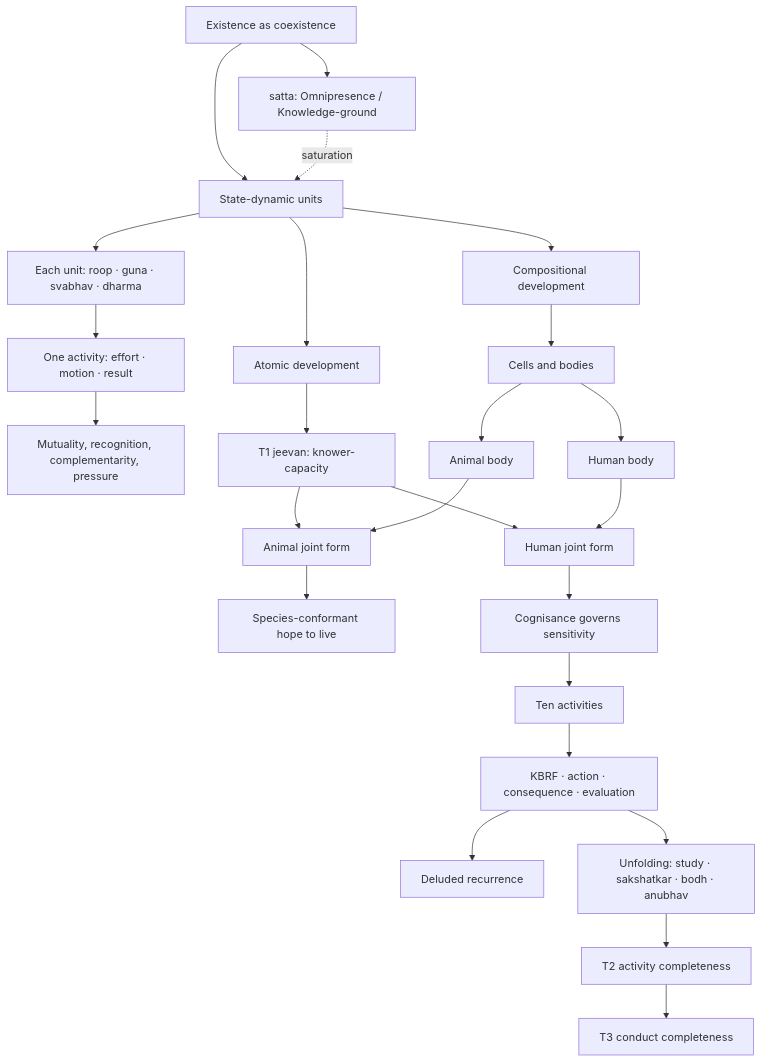
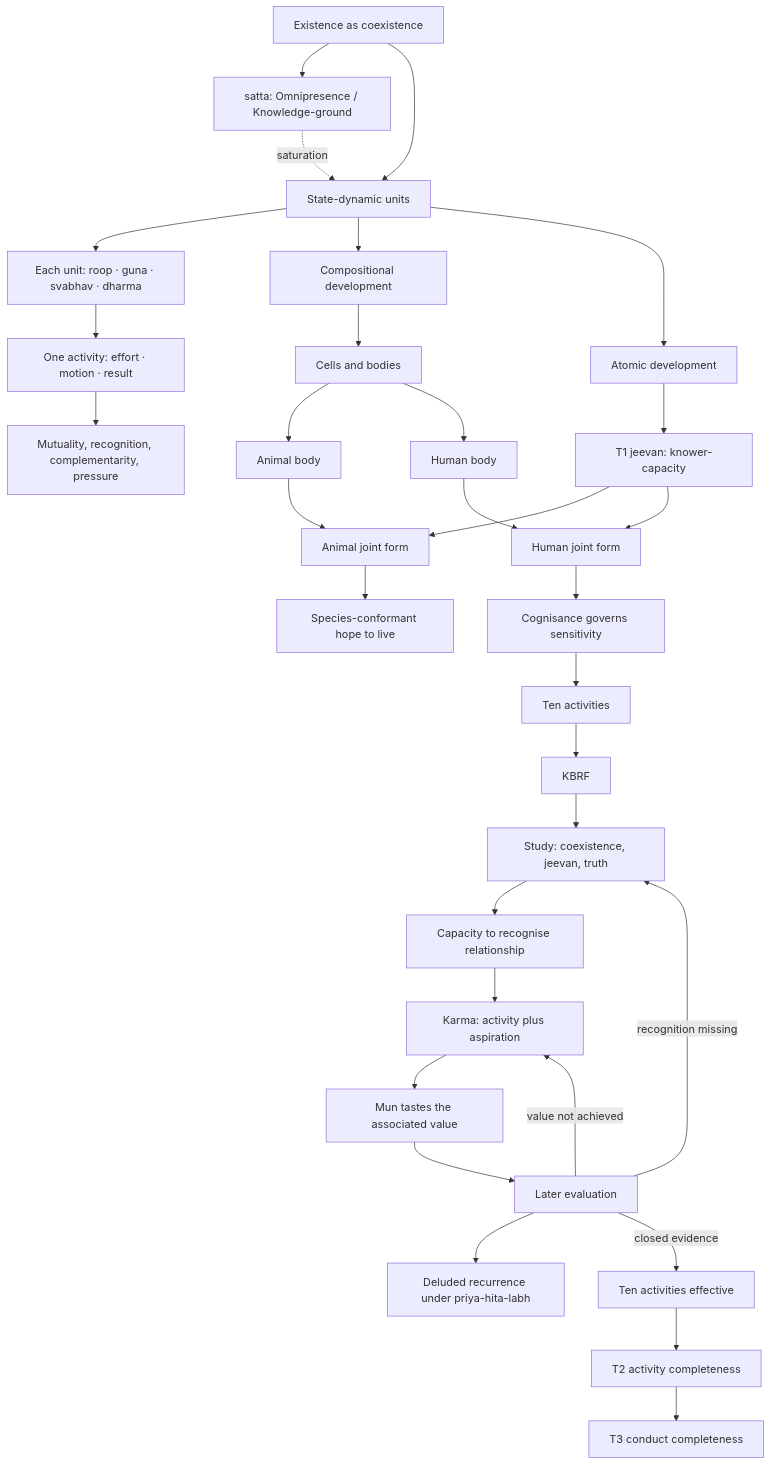
The first of 7 diagrams in Studies/A-State-Dynamic-Model-Of-Coexistence/A-State-Dynamic-Model-Of-Coexistence.md (raghavamohan/AnalyticMadhyasthDarshan), drawn with Mermaid before and after one commit. The commit also changed other lines of this file and 10 other files, not shown here.

````diff
--- a/Studies/A-State-Dynamic-Model-Of-Coexistence/A-State-Dynamic-Model-Of-Coexistence.md
+++ b/Studies/A-State-Dynamic-Model-Of-Coexistence/A-State-Dynamic-Model-Of-Coexistence.md
@@ -20,30 +20,37 @@
 ```mermaid
 flowchart TD
     E["Existence as coexistence"] --> O["satta: Omnipresence / Knowledge-ground"]
     E --> U["State-dynamic units"]
     O -.->|"saturation"| U
     U --> ONE["Each unit: roop · guna · svabhav · dharma"]
     ONE --> EMR["One activity: effort · motion · result"]
     EMR --> MUT["Mutuality, recognition, complementarity, pressure"]
 
     U --> CL["Compositional development"]
     CL --> BIO["Cells and bodies"]
     U --> AL["Atomic development"]
     AL --> T1["T1 jeevan: knower-capacity"]
     BIO --> AB["Animal body"]
     BIO --> HB["Human body"]
     T1 --> AJ["Animal joint form"]
     T1 --> HJ["Human joint form"]
     AB --> AJ
     HB --> HJ
 
     AJ --> AE["Species-conformant hope to live"]
 
     HJ --> COG["Cognisance governs sensitivity"]
     COG --> HF["Ten activities"]
-    HF --> REC["KBRF · action · consequence · evaluation"]
-    REC --> DEL["Deluded recurrence"]
-    REC --> AW["Unfolding: study · sakshatkar · bodh · anubhav"]
-    AW --> T2["T2 activity completeness"]
+    HF --> REC["KBRF"]
+    REC --> STUDY["Study: coexistence, jeevan, truth"]
+    STUDY --> CAP["Capacity to recognise relationship"]
+    CAP --> KARMA["Karma: activity plus aspiration"]
+    KARMA --> TASTE["Mun tastes the associated value"]
+    TASTE --> EVALN["Later evaluation"]
+    EVALN -->|"recognition missing"| STUDY
+    EVALN -->|"value not achieved"| KARMA
+    EVALN --> DEL["Deluded recurrence under priya-hita-labh"]
+    EVALN -->|"closed evidence"| ALIGN["Ten activities effective"]
+    ALIGN --> T2["T2 activity completeness"]
     T2 --> T3["T3 conduct completeness"]
 ```
````
